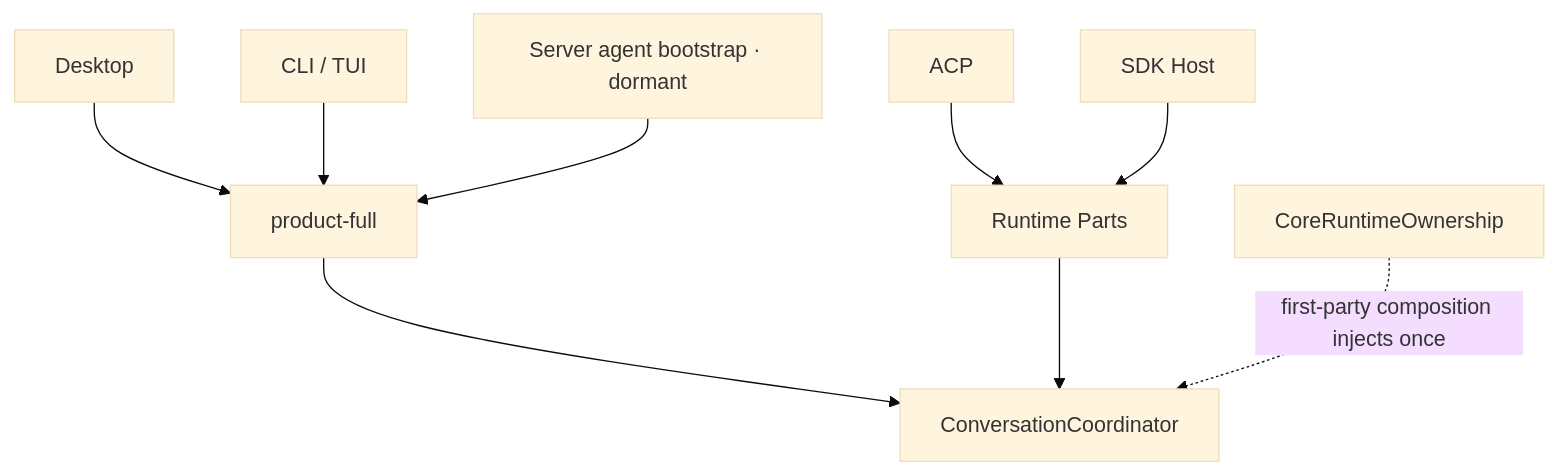
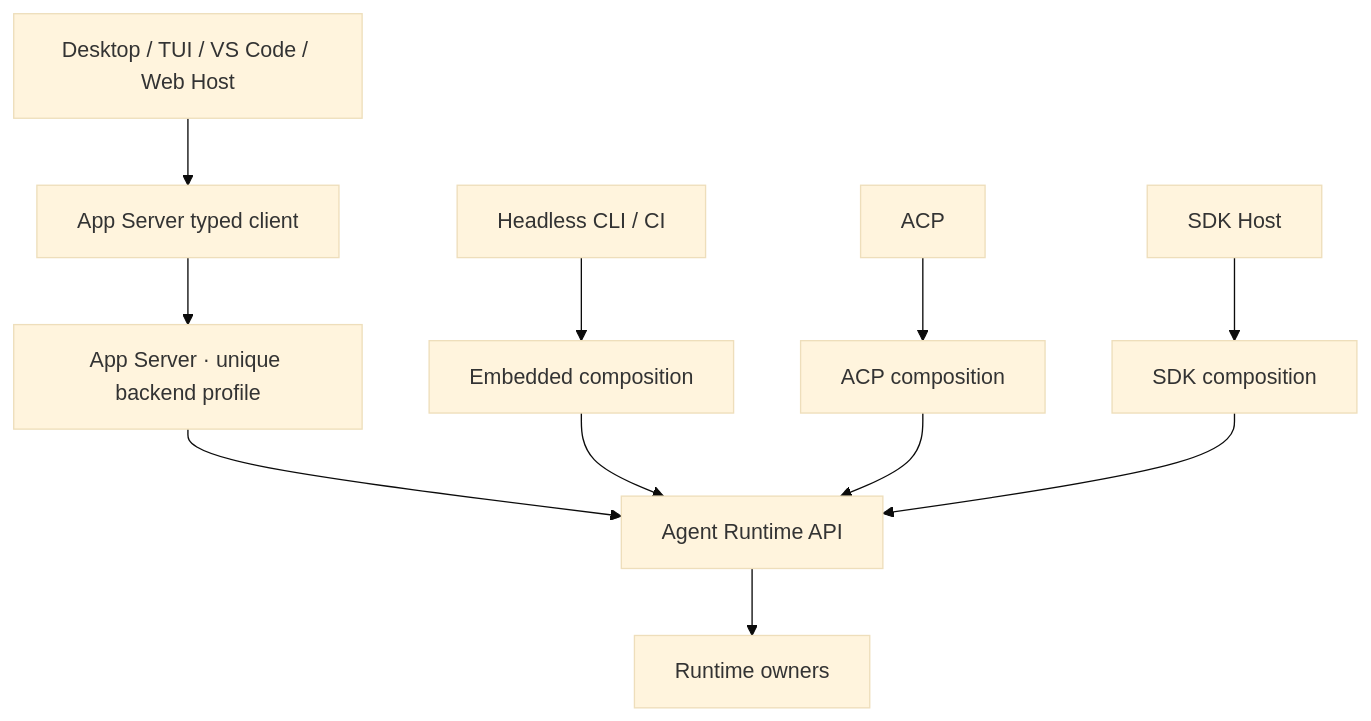
Diagram 11 of 11 in docs/architecture/product-architecture.md (GCWing/BitFun), drawn with Mermaid (base theme) before and after one commit. The commit also changed other lines of this file and 13 other files, not shown here.

Commit message:
feat(doct): add app server design

````diff
--- a/docs/architecture/product-architecture.md
+++ b/docs/architecture/product-architecture.md
@@ -717,12 +769,14 @@
 ```mermaid
 flowchart TB
-  Desktop["Desktop"] --> Full["product-full"]
-  CLI["CLI / TUI"] --> Full
-  ACP["ACP"] --> Parts["Runtime Parts"]
-  SDKHost["SDK Host"] --> Parts
-  ServerBootstrap["Server agent bootstrap · dormant"] --> Full
+  Rich["Desktop / TUI / VS Code / Web Host"] --> AppClient["App Server typed client"]
+  AppClient --> App["App Server · unique backend profile"]
+  Headless["Headless CLI / CI"] --> Embedded["Embedded composition"]
+  ACP["ACP"] --> ACPParts["ACP composition"]
+  SDKHost["SDK Host"] --> SDKParts["SDK composition"]
 
-  Full --> Coordinator["ConversationCoordinator"]
-  Parts --> Coordinator
-  Ownership["CoreRuntimeOwnership"] -. "first-party composition injects once" .-> Coordinator
+  App --> RuntimeAPI["Agent Runtime API"]
+  Embedded --> RuntimeAPI
+  ACPParts --> RuntimeAPI
+  SDKParts --> RuntimeAPI
+  RuntimeAPI --> Coordinator["Runtime owners"]
 ```
````
